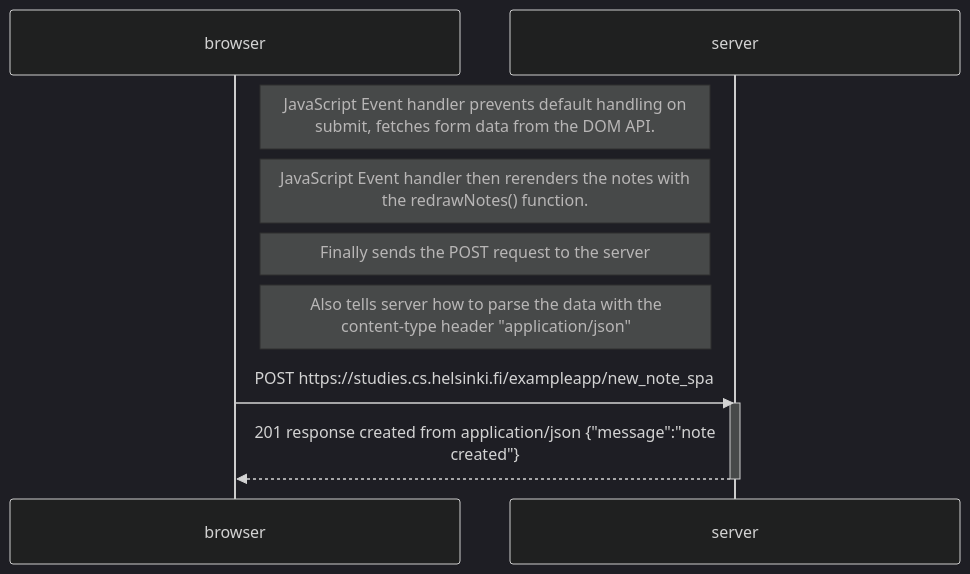
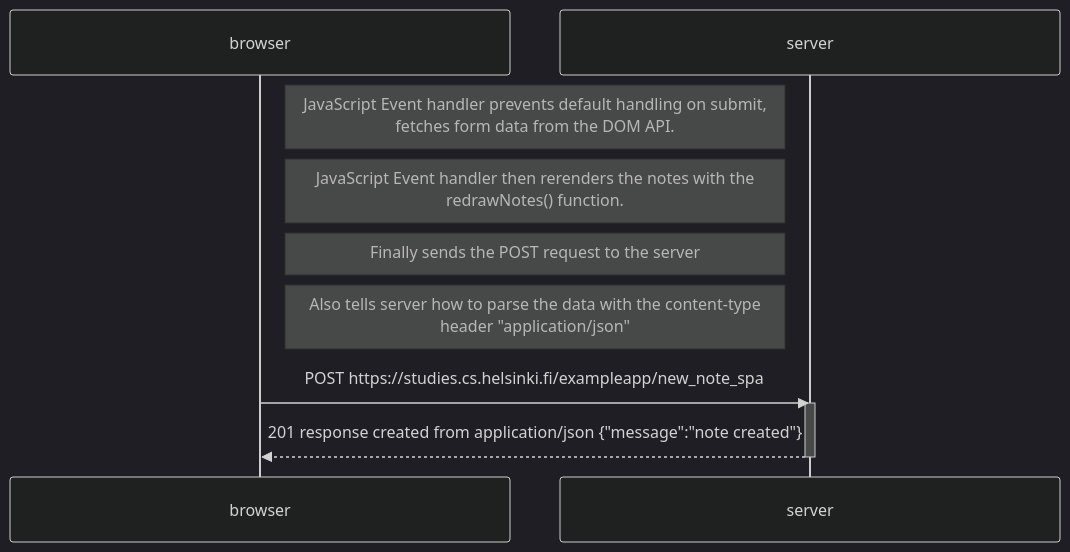
One commit to mirage-p/fullstackopen changed the third of 3 diagrams in part0/part0_exercises.md. Above: the diagram before and after it, drawn with Mermaid (dark theme).

````diff
--- a/part0/part0_exercises.md
+++ b/part0/part0_exercises.md
@@ -70,17 +70,17 @@
 ```mermaid
-%%{init: { "sequence": { "wrap": true, "width":450 } } }%%
+%%{init: { "sequence": { "wrap": true, "width":500 } } }%%
 sequenceDiagram
     participant browser
     participant server
 
     Note right of browser: JavaScript Event handler prevents default handling on submit, fetches form data from the DOM API.
     Note right of browser: JavaScript Event handler then rerenders the notes with the redrawNotes() function.
     Note right of browser: Finally sends the POST request to the server
     Note right of browser: Also tells server how to parse the data with the content-type header "application/json"
 
 
     browser->>server: POST https://studies.cs.helsinki.fi/exampleapp/new_note_spa
     activate server
     server-->>browser: 201 response created from application/json {"message":"note created"}
     deactivate server
 ```
````
